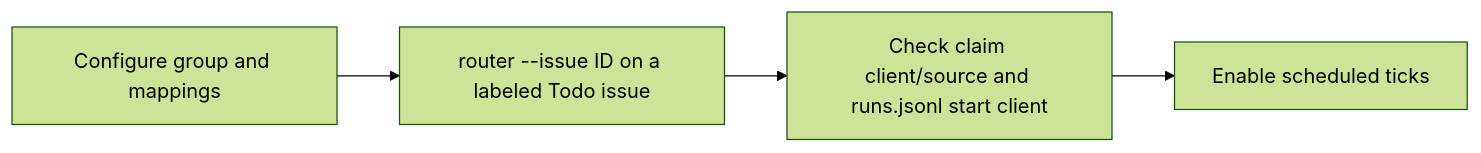
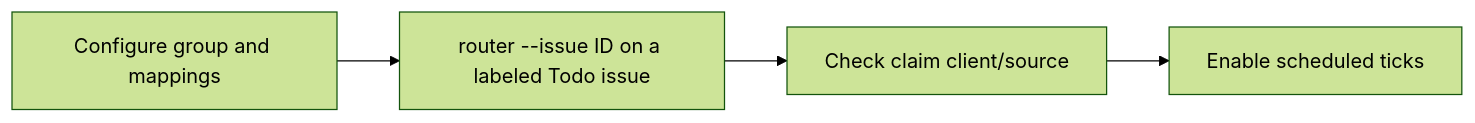
Before and after one commit to ophis/agent-pm: the third of 3 diagrams in docs/board.md, drawn with Mermaid (forest theme). The commit also changed other lines of this file and 11 other files, not shown here.

````diff
--- a/docs/board.md
+++ b/docs/board.md
@@ -145,6 +133,6 @@
 ```mermaid
 flowchart LR
     A[Configure group and mappings] --> B["router --issue ID on a labeled Todo issue"]
-    B --> C["Check claim client/source and runs.jsonl start client"]
+    B --> C["Check claim client/source"]
     C --> D[Enable scheduled ticks]
 ```
````
